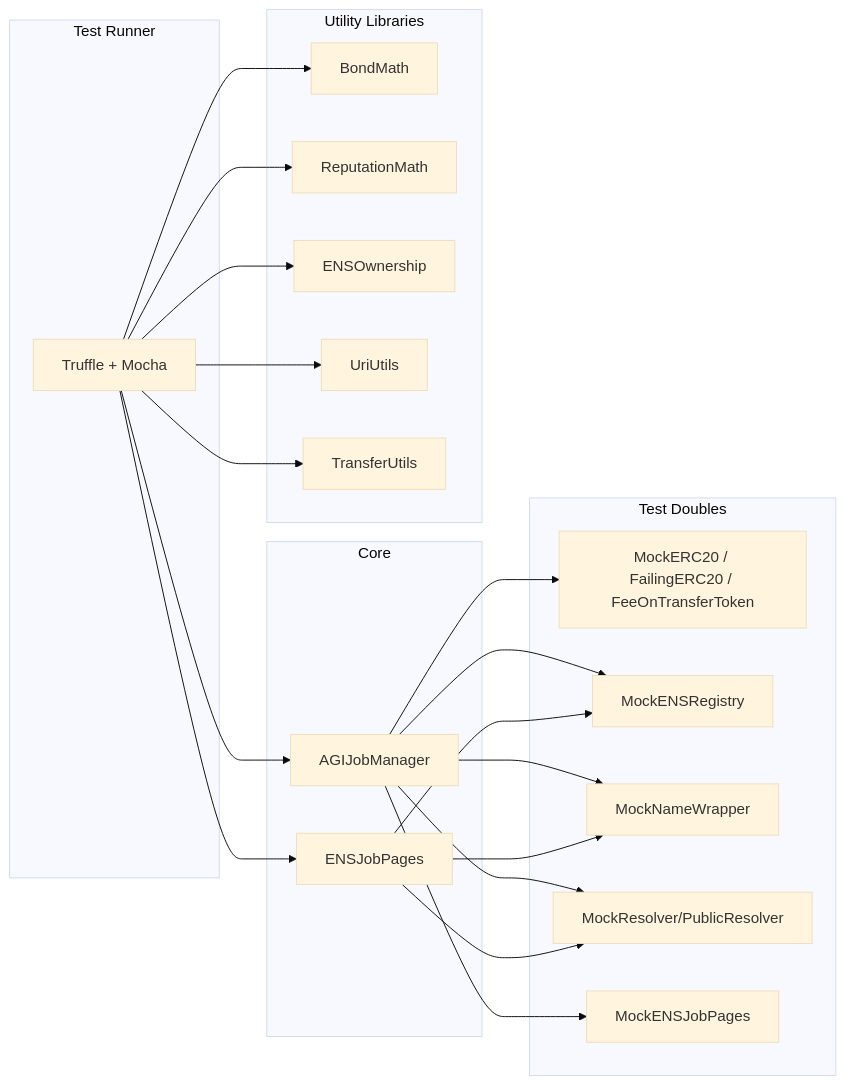
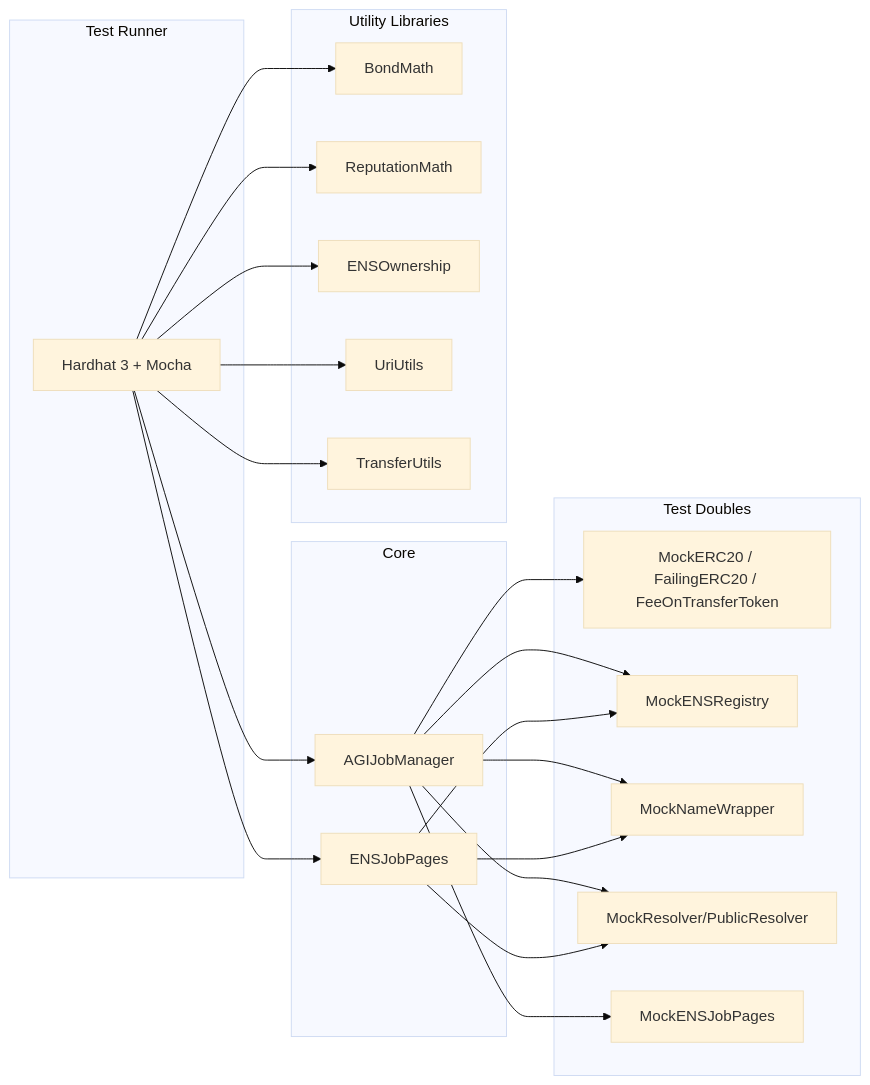
One commit to MontrealAI/AGIJobManager changed the first of 4 diagrams in docs/ARCHITECTURE_TESTS.md. Above: the diagram before and after it, drawn with Mermaid (base theme). The commit also changed 269 other files, not shown here.

````diff
--- a/docs/ARCHITECTURE_TESTS.md
+++ b/docs/ARCHITECTURE_TESTS.md
@@ -5,44 +5,44 @@
 ```mermaid
 flowchart LR
   subgraph Test Runner
-    T[Truffle + Mocha]
+    T[Hardhat 3 + Mocha]
   end
 
   subgraph Core
     M[AGIJobManager]
     EJP[ENSJobPages]
   end
 
   subgraph Utility Libraries
     BM[BondMath]
     RM[ReputationMath]
     EO[ENSOwnership]
     UU[UriUtils]
     TU[TransferUtils]
   end
 
   subgraph Test Doubles
     ERC20[MockERC20 / FailingERC20 / FeeOnTransferToken]
     ENS[MockENSRegistry]
     WRAP[MockNameWrapper]
     RES[MockResolver/PublicResolver]
     HOOK[MockENSJobPages]
   end
 
   T --> M
   T --> EJP
   T --> BM
   T --> RM
   T --> EO
   T --> UU
   T --> TU
 
   M --> ERC20
   M --> ENS
   M --> WRAP
   M --> RES
   M --> HOOK
   EJP --> ENS
   EJP --> WRAP
   EJP --> RES
 ```
````
